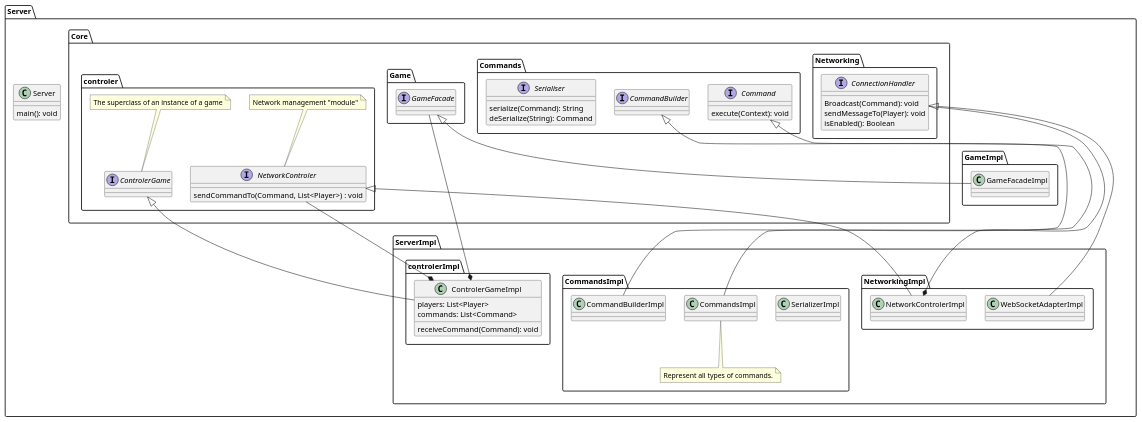
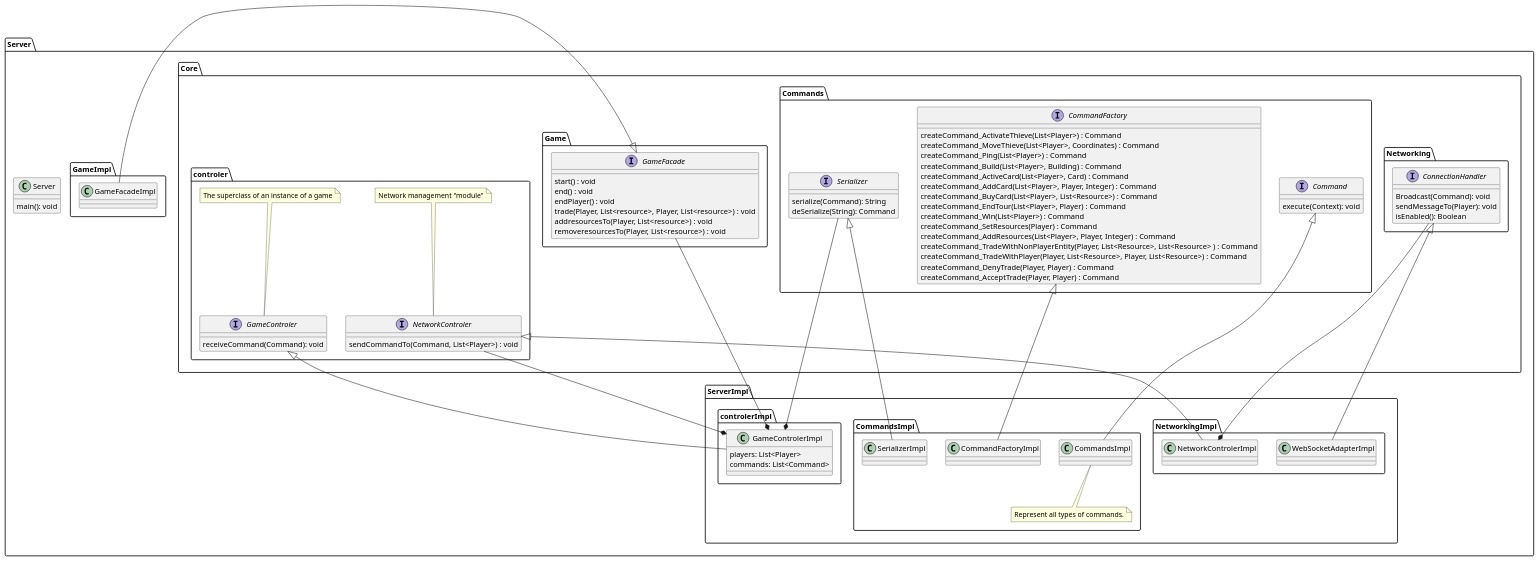
The diagram in catan-doc/modules/conception/pages/classDiagramServer.adoc (theray1/Les-Colons-De-Catane), drawn with PlantUML before and after one commit. The commit also changed 1 other file, not shown here.

Commit message:
modifications
Builder to Factory to create commands
Added 2 commands (addCard and addResources)

```diff
--- a/catan-doc/modules/conception/pages/classDiagramServer.adoc
+++ b/catan-doc/modules/conception/pages/classDiagramServer.adoc
@@ -9,15 +9,38 @@
 
     package Core {
         package Game {
-            interface GameFacade {}
+            interface GameFacade {
+	            start() : void
+	        	end() : void
+	        	endPlayer() : void
+	        	trade(Player, List<resource>, Player, List<resource>) : void
+	        	addresourcesTo(Player, List<resource>) : void
+	        	removeresourcesTo(Player, List<resource>) : void
+            }
         }
         package Commands {
-            interface CommandBuilder {}
+            interface CommandFactory {
+            	createCommand_ActivateThieve(List<Player>) : Command
+            	createCommand_MoveThieve(List<Player>, Coordinates) : Command
+            	createCommand_Ping(List<Player>) : Command
+            	createCommand_Build(List<Player>, Building) : Command
+            	createCommand_ActiveCard(List<Player>, Card) : Command
+            	createCommand_AddCard(List<Player>, Player, Integer) : Command
+            	createCommand_BuyCard(List<Player>, List<Resource>) : Command
+            	createCommand_EndTour(List<Player>, Player) : Command
+            	createCommand_Win(List<Player>) : Command
+            	createCommand_SetResources(Player) : Command
+            	createCommand_AddResources(List<Player>, Player, Integer) : Command
+            	createCommand_TradeWithNonPlayerEntity(Player, List<Resource>, List<Resource> ) : Command
+            	createCommand_TradeWithPlayer(Player, List<Resource>, Player, List<Resource>) : Command
+            	createCommand_DenyTrade(Player, Player) : Command
+            	createCommand_AcceptTrade(Player, Player) : Command
+            }
             interface Command {
                 execute(Context): void
             }
 
-            interface Serialiser {
+            interface Serializer {
                 serialize(Command): String
                 deSerialize(String): Command
             }
@@ -37,7 +60,9 @@
             }
             note top: Network management "module"
 
-            interface ControlerGame {}
+            interface GameControler {
+                receiveCommand(Command): void
+            }
             note top: The superclass of an instance of a game
 
         }
@@ -49,10 +74,11 @@
             class SerializerImpl {}
             class CommandsImpl {}
             note bottom : Represent all types of commands.
-            class CommandBuilderImpl {}
+            class CommandFactoryImpl {}
 
             Command <|--CommandsImpl
-            CommandBuilder <|-- CommandBuilderImpl
+            CommandFactory <|-- CommandFactoryImpl
+            Serializer <|-- SerializerImpl
         }
 
         package NetworkingImpl {
@@ -69,21 +95,22 @@
         }
         package controlerImpl {
 
-            class ControlerGameImpl {
+            class GameControlerImpl {
                 players: List<Player>
                 commands: List<Command>
-                receiveCommand(Command): void
             }
-            ControlerGameImpl *-up- NetworkControler
-            ControlerGameImpl *-up- GameFacade
-            ControlerGame <|-up- ControlerGameImpl
+            GameControlerImpl *-up- NetworkControler
+            GameControlerImpl *-up- GameFacade
+            GameControlerImpl *-up- Serializer
+            GameControler <|-up- GameControlerImpl
+            
         }
     }
   
     package GameImpl {
         class GameFacadeImpl {}
         
-        GameFacade <|-- GameFacadeImpl
+        GameFacade <|-right- GameFacadeImpl
     }
 
 }
```
